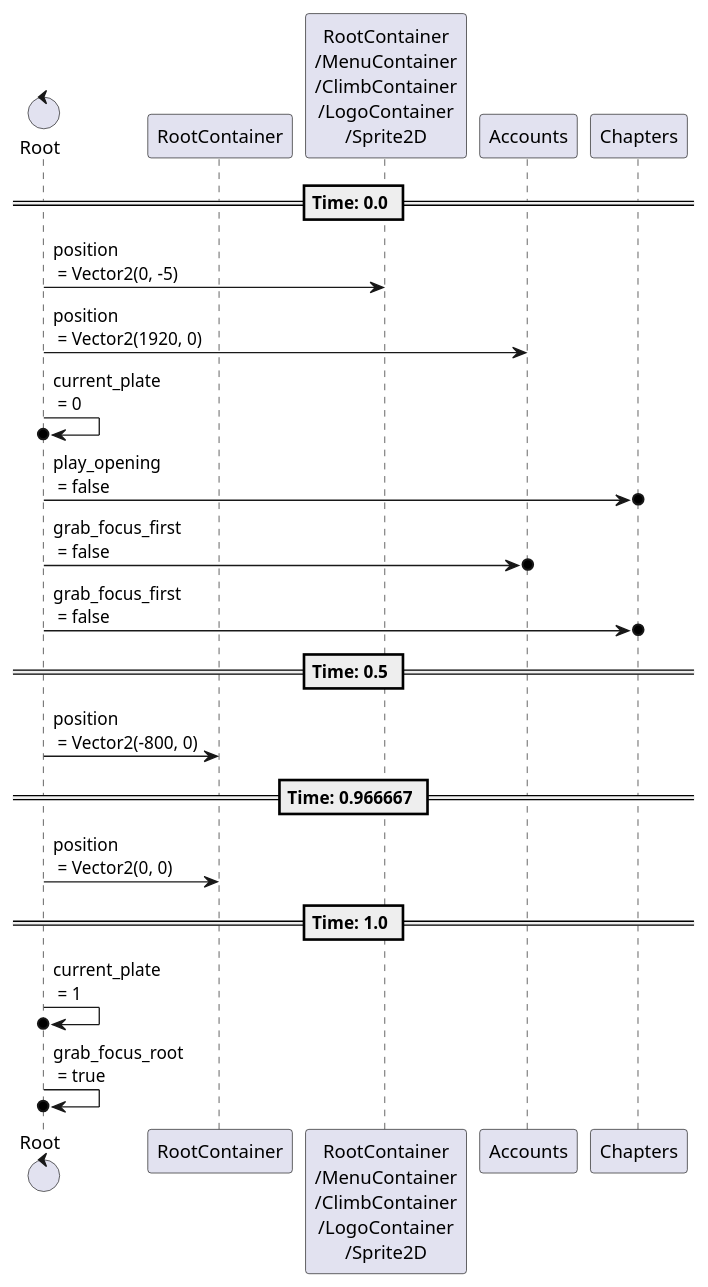
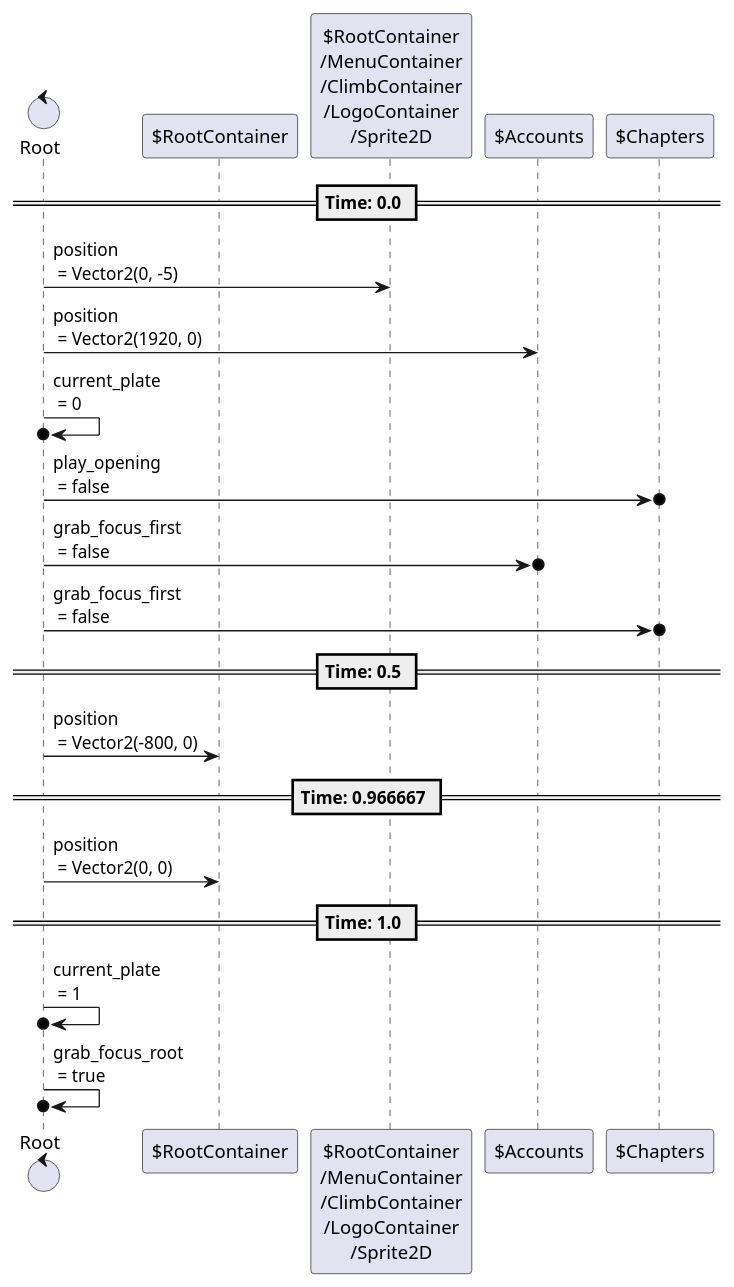
One commit to tkmfujise/Platformer-Game-Learning changed the ninth of 9 diagrams in content/scenes/src/beginning/menu/menu.tscn.adoc. Above: the diagram before and after it, drawn with PlantUML. The commit also changed other lines of this file and 31 other files, not shown here.

Commit message:
Add prefix $ to node name in animation sequences

```diff
--- a/content/scenes/src/beginning/menu/menu.tscn.adoc
+++ b/content/scenes/src/beginning/menu/menu.tscn.adoc
@@ -519,27 +519,27 @@
 [plantuml]
 ....
-control "Root" as Root
-participant "RootContainer" as T0
-participant "RootContainer\n/MenuContainer\n/ClimbContainer\n/LogoContainer\n/Sprite2D" as T1
-participant "Accounts" as T2
-participant "Chapters" as T5
+control "Root" as R
+participant "$RootContainer" as T0
+participant "$RootContainer\n/MenuContainer\n/ClimbContainer\n/LogoContainer\n/Sprite2D" as T1
+participant "$Accounts" as T2
+participant "$Chapters" as T5
 
 
 
 == Time: 0.0 ==
-Root  ->  T1 : position\n = Vector2(0, -5)
-Root  ->  T2 : position\n = Vector2(1920, 0)
-Root  ->o  Root : current_plate\n = 0
-Root  ->o  T5 : play_opening\n = false
-Root  ->o  T2 : grab_focus_first\n = false
-Root  ->o  T5 : grab_focus_first\n = false
+R  ->  T1 : position\n = Vector2(0, -5)
+R  ->  T2 : position\n = Vector2(1920, 0)
+R  ->o  R : current_plate\n = 0
+R  ->o  T5 : play_opening\n = false
+R  ->o  T2 : grab_focus_first\n = false
+R  ->o  T5 : grab_focus_first\n = false
 == Time: 0.5 ==
-Root  ->  T0 : position\n = Vector2(-800, 0)
+R  ->  T0 : position\n = Vector2(-800, 0)
 == Time: 0.966667 ==
-Root  ->  T0 : position\n = Vector2(0, 0)
+R  ->  T0 : position\n = Vector2(0, 0)
 == Time: 1.0 ==
-Root  ->o  Root : current_plate\n = 1
-Root  ->o  Root : grab_focus_root\n = true
+R  ->o  R : current_plate\n = 1
+R  ->o  R : grab_focus_root\n = true
 
 
 ....
```
